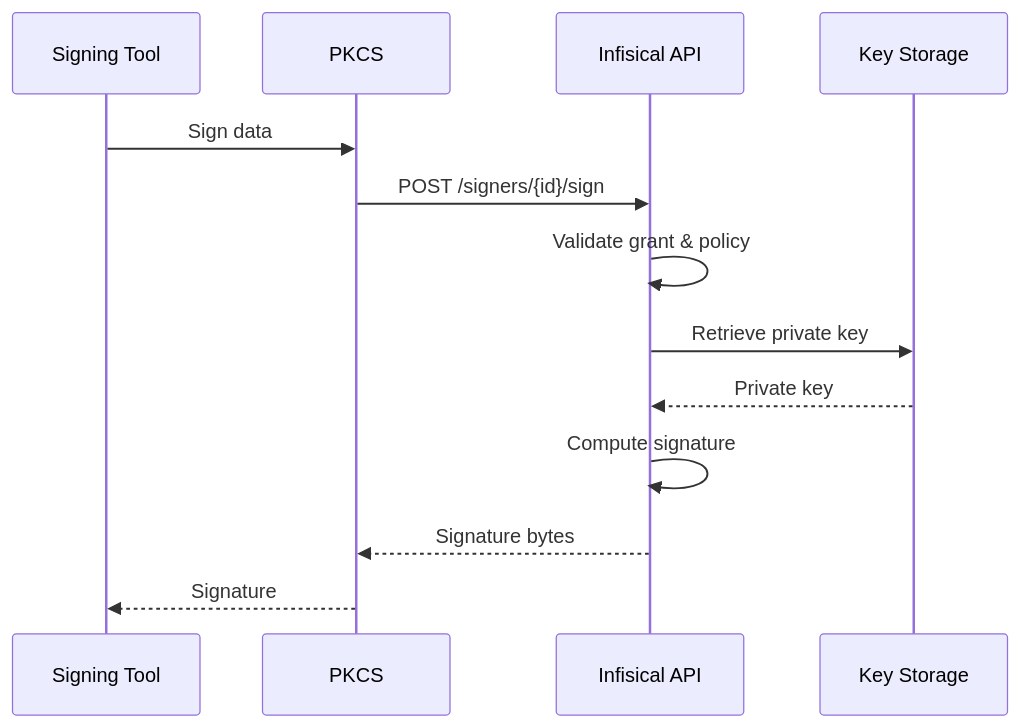
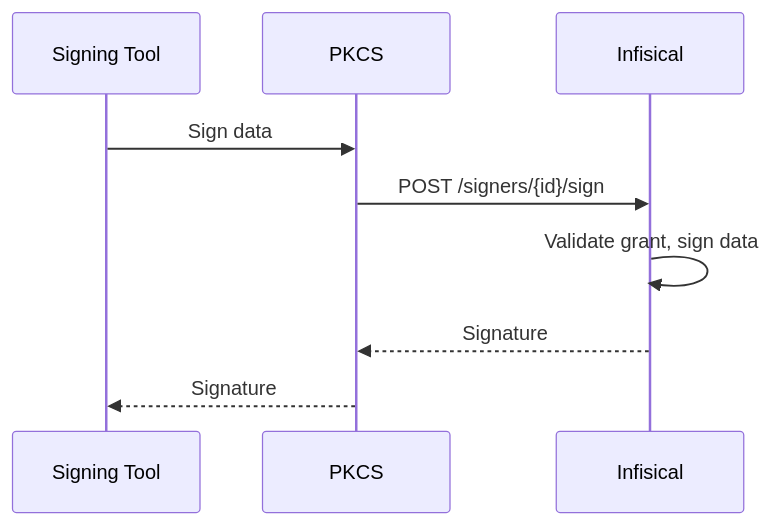
Before and after one commit to Infisical/infisical: the diagram in docs/documentation/platform/pki/code-signing/overview.mdx, drawn with Mermaid. The commit also changed other lines of this file and 54 other files, not shown here.

````diff
--- a/docs/documentation/platform/pki/code-signing/overview.mdx
+++ b/docs/documentation/platform/pki/code-signing/overview.mdx
@@ -13,16 +13,12 @@
 ```mermaid
 sequenceDiagram
     participant Tool as Signing Tool
     participant PKCS as PKCS#11 Module
-    participant API as Infisical API
-    participant KMS as Key Storage
+    participant Infisical as Infisical
 
     Tool->>PKCS: Sign data
-    PKCS->>API: POST /signers/{id}/sign
-    API->>API: Validate grant & policy
-    API->>KMS: Retrieve private key
-    KMS-->>API: Private key
-    API->>API: Compute signature
-    API-->>PKCS: Signature bytes
+    PKCS->>Infisical: POST /signers/{id}/sign
+    Infisical->>Infisical: Validate grant, sign data
+    Infisical-->>PKCS: Signature
     PKCS-->>Tool: Signature
 ```
````
